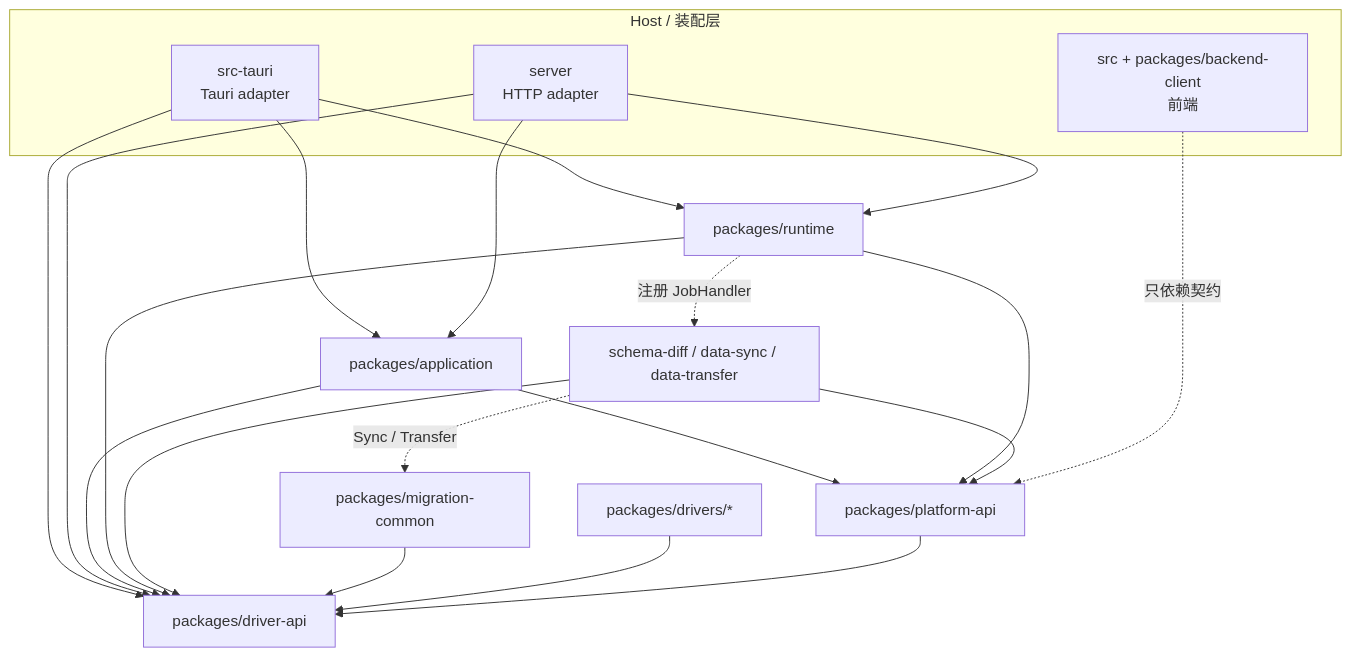
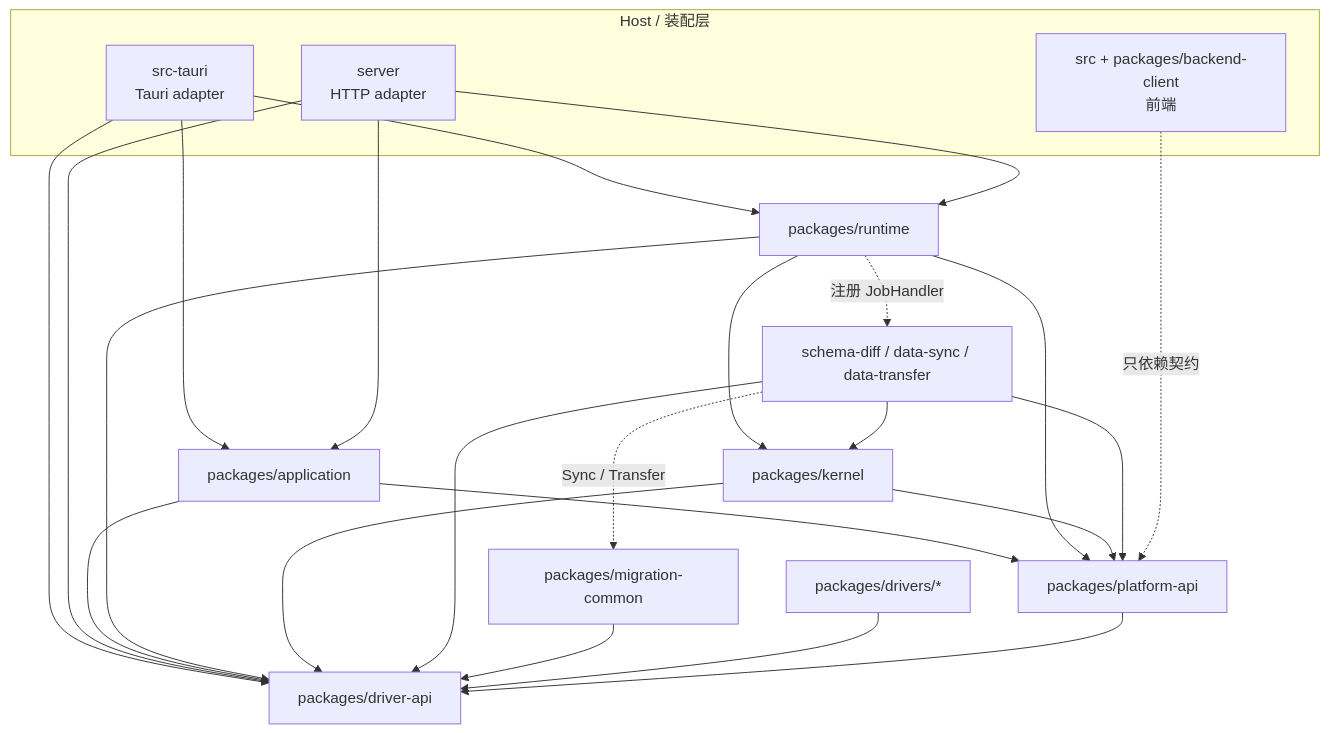
The first of 4 diagrams in docs/architecture/platform/shared-boundaries-and-ports.md (flyxl/datazen), drawn with Mermaid before and after one commit. The commit also changed other lines of this file and 117 other files, not shown here.

````diff
--- a/docs/architecture/platform/shared-boundaries-and-ports.md
+++ b/docs/architecture/platform/shared-boundaries-and-ports.md
@@ -115,34 +117,39 @@
 ```mermaid
 flowchart TD
     subgraph host[Host / 装配层]
         TA[src-tauri<br/>Tauri adapter]
         SRV[server<br/>HTTP adapter]
         FE[src + packages/backend-client<br/>前端]
     end
     APP[packages/application]
     RT[packages/runtime]
+    KER[packages/kernel]
     PA[packages/platform-api]
     DAPI[packages/driver-api]
     DOM[schema-diff / data-sync / data-transfer]
     MC[packages/migration-common]
     DRV[packages/drivers/*]
 
     TA --> APP
     TA --> RT
     TA --> DAPI
     SRV --> APP
     SRV --> RT
     SRV --> DAPI
     APP --> PA
     APP --> DAPI
     RT --> PA
     RT --> DAPI
+    RT --> KER
+    KER --> PA
+    KER --> DAPI
+    DOM --> KER
     RT -.注册 JobHandler.-> DOM
     DOM --> PA
     DOM --> DAPI
     DOM -.Sync / Transfer.-> MC
     MC --> DAPI
     DRV --> DAPI
     PA --> DAPI
     FE -.只依赖契约.-> PA
 ```
````
